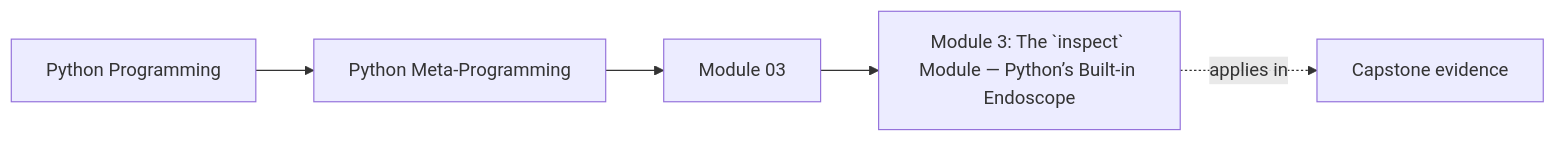
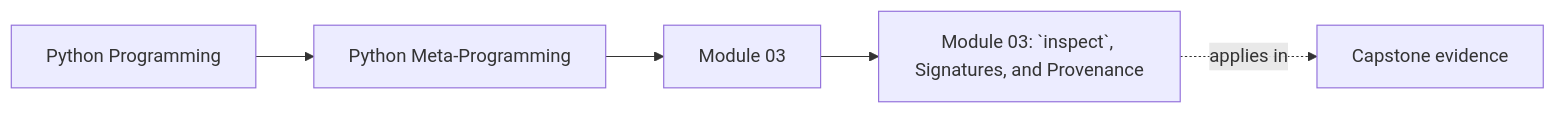
Before and after one commit to bijux/bijux-masterclass: the first of 7 diagrams in programs/python-programming/python-meta-programming/course-book/module-03-inspect-signatures-and-provenance/index.md, drawn with Mermaid. The commit also changed other lines of this file and 11 other files, not shown here.

Commit message:
docs(python-meta-programming): align module titles with the course arc

````diff
--- a/programs/python-programming/python-meta-programming/course-book/module-03-inspect-signatures-and-provenance/index.md
+++ b/programs/python-programming/python-meta-programming/course-book/module-03-inspect-signatures-and-provenance/index.md
@@ -8,11 +8,11 @@
 ```mermaid
 graph LR
   family["Python Programming"]
   program["Python Meta-Programming"]
   section["Module 03"]
-  page["Module 3: The `inspect` Module — Python’s Built-in Endoscope"]
+  page["Module 03: `inspect`, Signatures, and Provenance"]
   capstone["Capstone evidence"]
 
   family --> program --> section --> page
   page -.applies in.-> capstone
 ```
````
